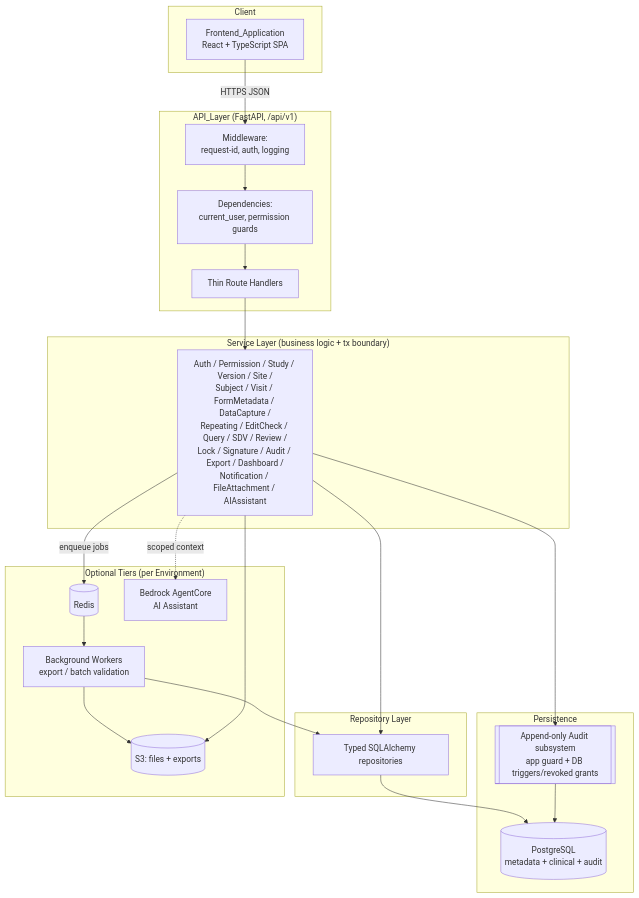
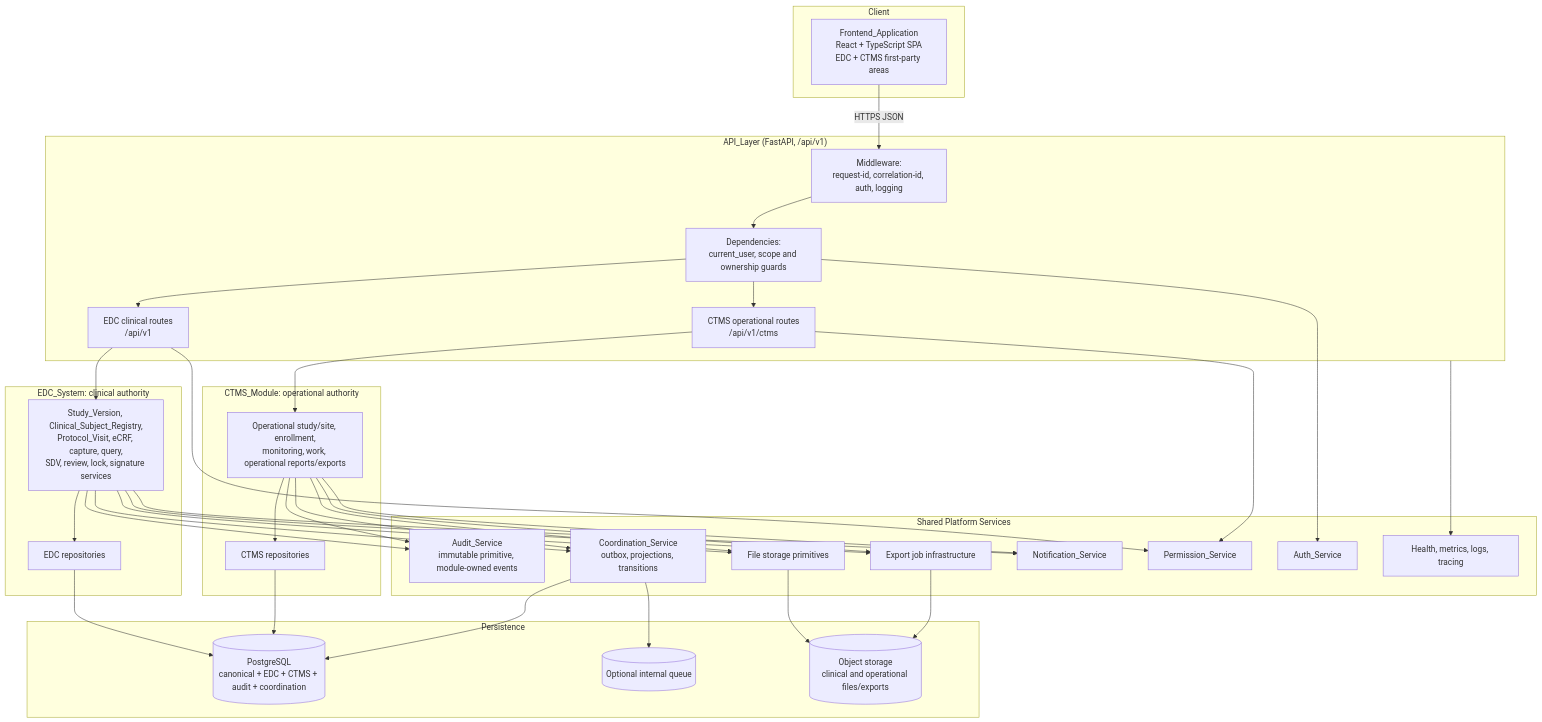
The first of 10 diagrams in .kiro/specs/clinical-edc-system/design.md (qingyuan1017/aurinara-edc), drawn with Mermaid before and after one commit. The commit also changed other lines of this file and 474 other files, not shown here.

````diff
--- a/.kiro/specs/clinical-edc-system/design.md
+++ b/.kiro/specs/clinical-edc-system/design.md
@@ -44,41 +49,64 @@
 ```mermaid
 graph TD
     subgraph Client
-        SPA[Frontend_Application<br/>React + TypeScript SPA]
+        SPA[Frontend_Application<br/>React + TypeScript SPA<br/>EDC + CTMS first-party areas]
     end
 
     subgraph API["API_Layer (FastAPI, /api/v1)"]
-        MW[Middleware:<br/>request-id, auth, logging]
-        DEPS[Dependencies:<br/>current_user, permission guards]
-        ROUTES[Thin Route Handlers]
+        MW[Middleware:<br/>request-id, correlation-id, auth, logging]
+        DEPS[Dependencies:<br/>current_user, scope and ownership guards]
+        EDCROUTES[EDC clinical routes<br/>/api/v1]
+        CTMSROUTES[CTMS operational routes<br/>/api/v1/ctms]
     end
 
-    subgraph Services["Service Layer (business logic + tx boundary)"]
-        SVC[Auth / Permission / Study / Version / Site /<br/>Subject / Visit / FormMetadata / DataCapture /<br/>Repeating / EditCheck / Query / SDV / Review /<br/>Lock / Signature / Audit / Export / Dashboard /<br/>Notification / FileAttachment / AIAssistant]
+    subgraph Platform["Shared Platform Services"]
+        AUTH[Auth_Service]
+        PERM[Permission_Service]
+        AUDIT[Audit_Service<br/>immutable primitive, module-owned events]
+        COORD[Coordination_Service<br/>outbox, projections, transitions]
+        NOTIFY[Notification_Service]
+        FILES[File storage primitives]
+        EXPORT[Export job infrastructure]
+        OBS[Health, metrics, logs, tracing]
     end
 
-    subgraph Repos["Repository Layer"]
-        REPO[Typed SQLAlchemy repositories]
+    subgraph EDC["EDC_System: clinical authority"]
+        ESVCS[Study_Version, Clinical_Subject_Registry,<br/>Protocol_Visit, eCRF, capture, query,<br/>SDV, review, lock, signature services]
+        EREPO[EDC repositories]
+    end
+
+    subgraph CTMS["CTMS_Module: operational authority"]
+        TSVCS[Operational study/site, enrollment,<br/>monitoring, work, operational reports/exports]
+        TREPO[CTMS repositories]
     end
 
     subgraph Persistence
-        PG[(PostgreSQL<br/>metadata + clinical + audit)]
-        AUDIT[[Append-only Audit subsystem<br/>app guard + DB triggers/revoked grants]]
+        PG[(PostgreSQL<br/>canonical + EDC + CTMS + audit + coordination)]
+        OBJECT[(Object storage<br/>clinical and operational files/exports)]
+        QUEUE[(Optional internal queue)]
     end
 
-    subgraph Optional["Optional Tiers (per Environment)"]
-        REDIS[(Redis)]
-        WORKER[Background Workers<br/>export / batch validation]
-        S3[(S3: files + exports)]
-        BEDROCK[Bedrock AgentCore<br/>AI Assistant]
-    end
-
-    SPA -->|HTTPS JSON| MW --> DEPS --> ROUTES --> SVC
-    SVC --> REPO --> PG
-    SVC --> AUDIT --> PG
-    SVC -->|enqueue jobs| REDIS --> WORKER
-    WORKER --> REPO
-    WORKER --> S3
-    SVC --> S3
-    SVC -.->|scoped context| BEDROCK
+    SPA -->|HTTPS JSON| MW --> DEPS
+    DEPS --> EDCROUTES --> ESVCS
+    DEPS --> CTMSROUTES --> TSVCS
+    DEPS --> AUTH
+    EDCROUTES --> PERM
+    CTMSROUTES --> PERM
+    ESVCS --> EREPO --> PG
+    TSVCS --> TREPO --> PG
+    ESVCS --> AUDIT
+    TSVCS --> AUDIT
+    ESVCS --> COORD
+    TSVCS --> COORD
+    COORD --> PG
+    COORD --> QUEUE
+    ESVCS --> FILES
+    TSVCS --> FILES
+    FILES --> OBJECT
+    ESVCS --> EXPORT
+    TSVCS --> EXPORT
+    EXPORT --> OBJECT
+    ESVCS --> NOTIFY
+    TSVCS --> NOTIFY
+    API --> OBS
 ```
````
